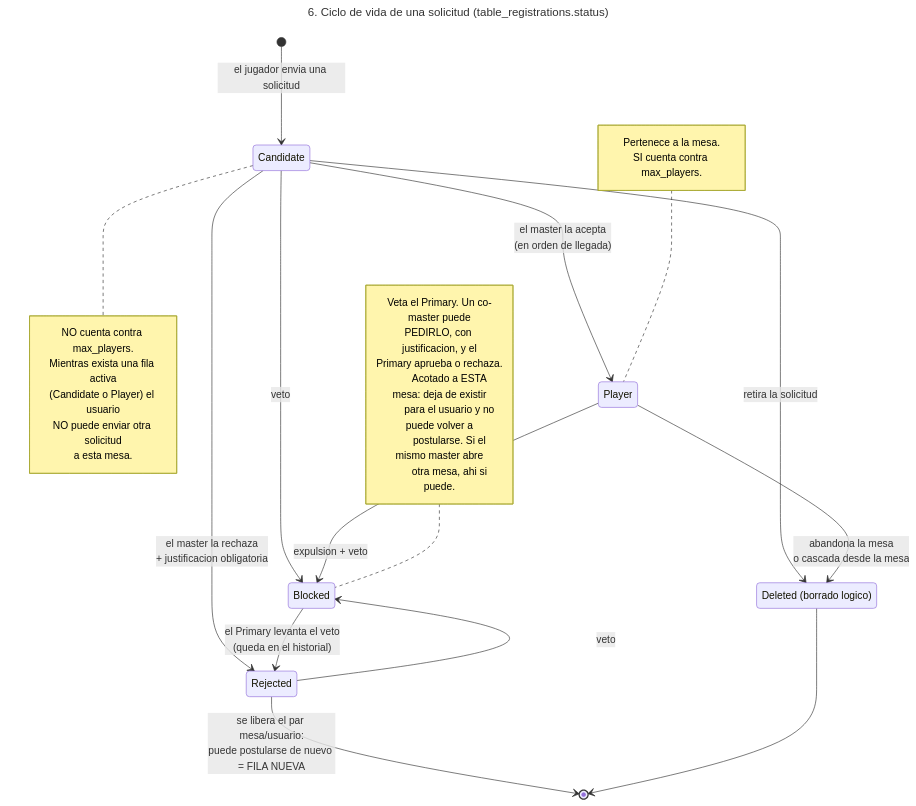
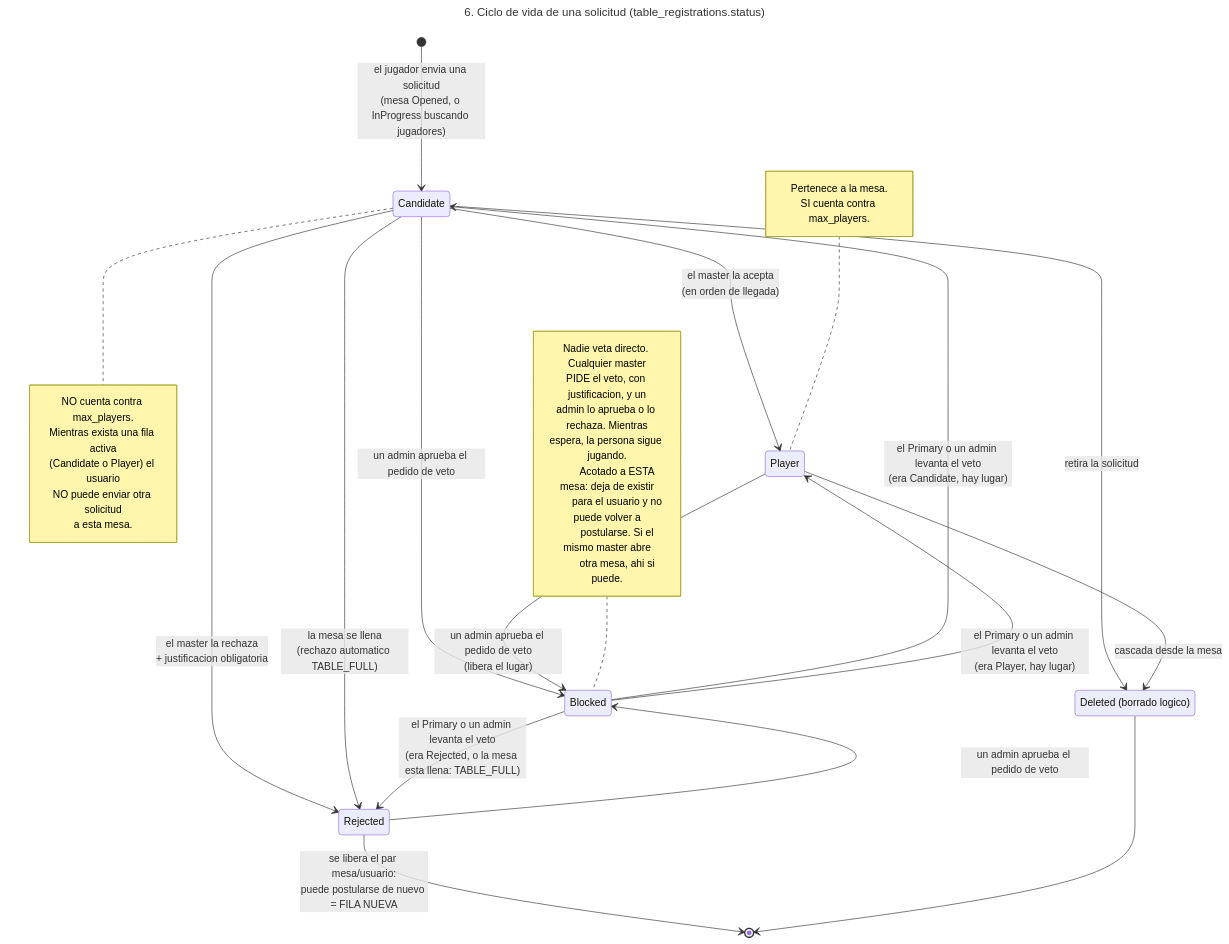
The diagram in docs/diagramas/06-ciclo-solicitud.mmd (d4m14n257/CentralDungeon), drawn with Mermaid before and after one commit. The commit also changed 132 other files, not shown here.

```diff
--- a/docs/diagramas/06-ciclo-solicitud.mmd
+++ b/docs/diagramas/06-ciclo-solicitud.mmd
@@ -1,46 +1,51 @@
 ---
 title: 6. Ciclo de vida de una solicitud (table_registrations.status)
 ---
 stateDiagram-v2
     direction TB
 
-    [*] --> Candidate : el jugador envia una solicitud
+    [*] --> Candidate : el jugador envia una solicitud<br/>(mesa Opened, o InProgress buscando jugadores)
 
     note right of Candidate
         NO cuenta contra max_players.
         Mientras exista una fila activa
         (Candidate o Player) el usuario
         NO puede enviar otra solicitud
         a esta mesa.
     end note
 
     Candidate --> Player : el master la acepta<br/>(en orden de llegada)
     Candidate --> Rejected : el master la rechaza<br/>+ justificacion obligatoria
+    Candidate --> Rejected : la mesa se llena<br/>(rechazo automatico TABLE_FULL)
 
     note left of Player
         Pertenece a la mesa.
         SI cuenta contra max_players.
     end note
 
     Rejected --> [*] : se libera el par mesa/usuario:<br/>puede postularse de nuevo = FILA NUEVA
 
-    Candidate --> Blocked : veto
-    Player --> Blocked : expulsion + veto
-    Rejected --> Blocked : veto
-    Blocked --> Rejected : el Primary levanta el veto<br/>(queda en el historial)
+    Candidate --> Blocked : un admin aprueba el pedido de veto
+    Player --> Blocked : un admin aprueba el pedido de veto<br/>(libera el lugar)
+    Rejected --> Blocked : un admin aprueba el pedido de veto
+
+    Blocked --> Candidate : el Primary o un admin levanta el veto<br/>(era Candidate, hay lugar)
+    Blocked --> Player : el Primary o un admin levanta el veto<br/>(era Player, hay lugar)
+    Blocked --> Rejected : el Primary o un admin levanta el veto<br/>(era Rejected, o la mesa esta llena: TABLE_FULL)
 
     note left of Blocked
-        Veta el Primary. Un co-master puede
-        PEDIRLO, con justificacion, y el
-        Primary aprueba o rechaza.
+        Nadie veta directo. Cualquier master
+        PIDE el veto, con justificacion, y un
+        admin lo aprueba o lo rechaza. Mientras
+        espera, la persona sigue jugando.
 
         Acotado a ESTA mesa: deja de existir
         para el usuario y no puede volver a
         postularse. Si el mismo master abre
         otra mesa, ahi si puede.
     end note
 
     state "Deleted (borrado logico)" as Deleted
     Candidate --> Deleted : retira la solicitud
-    Player --> Deleted : abandona la mesa<br/>o cascada desde la mesa
+    Player --> Deleted : cascada desde la mesa
     Deleted --> [*]
```
